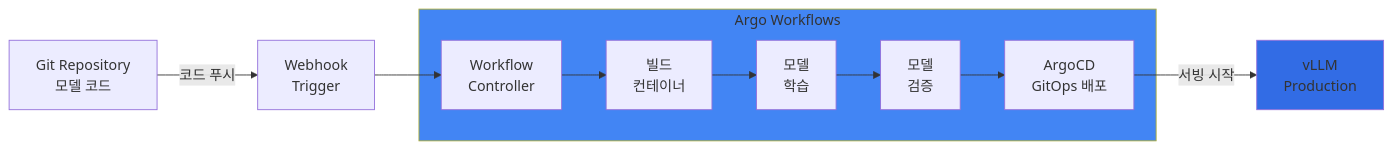
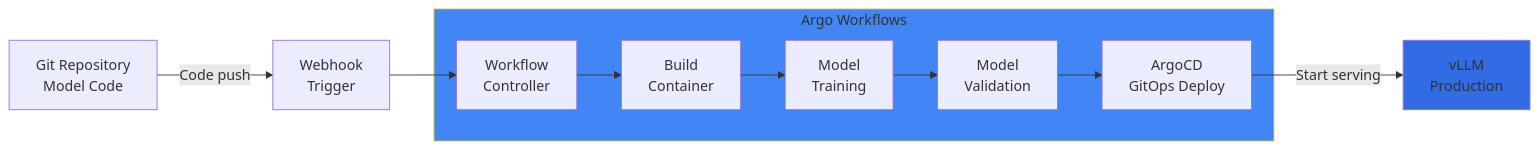
Before and after one commit to devfloor9/engineering-playbook: the fifth of 5 diagrams in docs/agentic-ai-platform/reference-architecture/model-lifecycle/mlops-pipeline-eks.md, drawn with Mermaid. The commit also changed other lines of this file and 954 other files, not shown here.

````diff
--- a/docs/agentic-ai-platform/reference-architecture/model-lifecycle/mlops-pipeline-eks.md
+++ b/docs/agentic-ai-platform/reference-architecture/model-lifecycle/mlops-pipeline-eks.md
@@ -567,23 +565,23 @@
 ```mermaid
 flowchart LR
-    GIT[Git Repository<br/>모델 코드]
+    GIT[Git Repository<br/>Model Code]
     TRIGGER[Webhook<br/>Trigger]
 
     subgraph Argo["Argo Workflows"]
         WORKFLOW[Workflow<br/>Controller]
-        BUILD[빌드<br/>컨테이너]
-        TRAIN[모델<br/>학습]
-        VALIDATE[모델<br/>검증]
-        DEPLOY[ArgoCD<br/>GitOps 배포]
+        BUILD[Build<br/>Container]
+        TRAIN[Model<br/>Training]
+        VALIDATE[Model<br/>Validation]
+        DEPLOY[ArgoCD<br/>GitOps Deploy]
     end
 
     VLLM_PROD[vLLM<br/>Production]
 
-    GIT -->|코드 푸시| TRIGGER
+    GIT -->|Code push| TRIGGER
     TRIGGER --> WORKFLOW
     WORKFLOW --> BUILD --> TRAIN --> VALIDATE --> DEPLOY
-    DEPLOY -->|서빙 시작| VLLM_PROD
+    DEPLOY -->|Start serving| VLLM_PROD
 
     style Argo fill:#4285f4
     style VLLM_PROD fill:#326ce5
 ```
````
